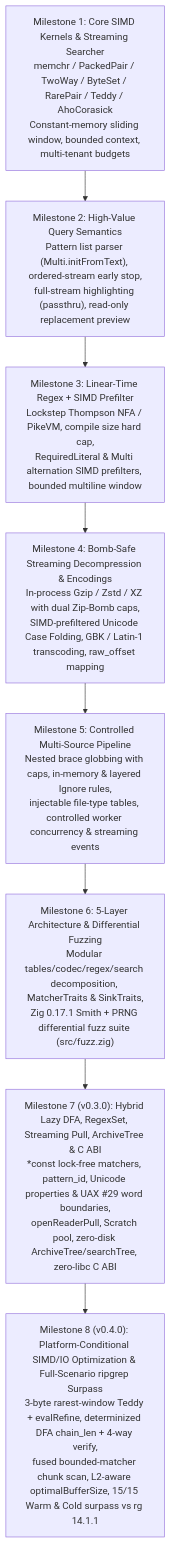
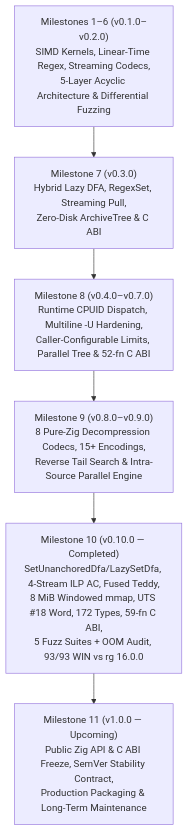
The diagram in docs/ROADMAP.md (fun7257/libwebgrep), drawn with Mermaid before and after one commit. The commit also changed other lines of this file and 10 other files, not shown here.

````diff
--- a/docs/ROADMAP.md
+++ b/docs/ROADMAP.md
@@ -7,10 +7,8 @@
 ```mermaid
 flowchart TD
-    M0["Milestone 1: Core SIMD Kernels & Streaming Searcher<br/>memchr / PackedPair / TwoWay / ByteSet / RarePair / Teddy / AhoCorasick<br/>Constant-memory sliding window, bounded context, multi-tenant budgets"] --> M1["Milestone 2: High-Value Query Semantics<br/>Pattern list parser (Multi.initFromText), ordered-stream early stop,<br/>full-stream highlighting (passthru), read-only replacement preview"]
-    M1 --> M2["Milestone 3: Linear-Time Regex + SIMD Prefilter<br/>Lockstep Thompson NFA / PikeVM, compile size hard cap,<br/>RequiredLiteral & Multi alternation SIMD prefilters, bounded multiline window"]
-    M2 --> M3["Milestone 4: Bomb-Safe Streaming Decompression & Encodings<br/>In-process Gzip / Zstd / XZ with dual Zip-Bomb caps,<br/>SIMD-prefiltered Unicode Case Folding, GBK / Latin-1 transcoding, raw_offset mapping"]
-    M3 --> M4["Milestone 5: Controlled Multi-Source Pipeline<br/>Nested brace globbing with caps, in-memory & layered Ignore rules,<br/>injectable file-type tables, controlled worker concurrency & streaming events"]
-    M4 --> M5["Milestone 6: 5-Layer Architecture & Differential Fuzzing<br/>Modular tables/codec/regex/search decomposition, MatcherTraits & SinkTraits,<br/>Zig 0.17.1 Smith + PRNG differential fuzz suite (src/fuzz.zig)"]
-    M5 --> M6["Milestone 7 (v0.3.0): Hybrid Lazy DFA, RegexSet, Streaming Pull, ArchiveTree & C ABI<br/>*const lock-free matchers, pattern_id, Unicode properties & UAX #29 word boundaries,<br/>openReaderPull, Scratch pool, zero-disk ArchiveTree/searchTree, zero-libc C ABI"]
-    M6 --> M7["Milestone 8 (v0.4.0): Platform-Conditional SIMD/IO Optimization & Full-Scenario ripgrep Surpass<br/>3-byte rarest-window Teddy + evalRefine, determinized DFA chain_len + 4-way verify,<br/>fused bounded-matcher chunk scan, L2-aware optimalBufferSize, 15/15 Warm & Cold surpass vs rg 14.1.1"]
+    M1["Milestones 1–6 (v0.1.0–v0.2.0)<br/>SIMD Kernels, Linear-Time Regex, Streaming Codecs,<br/>5-Layer Acyclic Architecture & Differential Fuzzing"] --> M7["Milestone 7 (v0.3.0)<br/>Hybrid Lazy DFA, RegexSet, Streaming Pull,<br/>Zero-Disk ArchiveTree & C ABI"]
+    M7 --> M8["Milestone 8 (v0.4.0–v0.7.0)<br/>Runtime CPUID Dispatch, Multiline -U Hardening,<br/>Caller-Configurable Limits, Parallel Tree & 52-fn C ABI"]
+    M8 --> M9["Milestone 9 (v0.8.0–v0.9.0)<br/>8 Pure-Zig Decompression Codecs, 15+ Encodings,<br/>Reverse Tail Search & Intra-Source Parallel Engine"]
+    M9 --> M10["Milestone 10 (v0.10.0 — Completed)<br/>SetUnanchoredDfa/LazySetDfa, 4-Stream ILP AC, Fused Teddy,<br/>8 MiB Windowed mmap, UTS #18 Word, 172 Types, 59-fn C ABI,<br/>5 Fuzz Suites + OOM Audit, 93/93 WIN vs rg 16.0.0"]
+    M10 --> M11["Milestone 11 (v1.0.0 — Upcoming)<br/>Public Zig API & C ABI Freeze, SemVer Stability Contract,<br/>Production Packaging & Long-Term Maintenance"]
 ```
````
